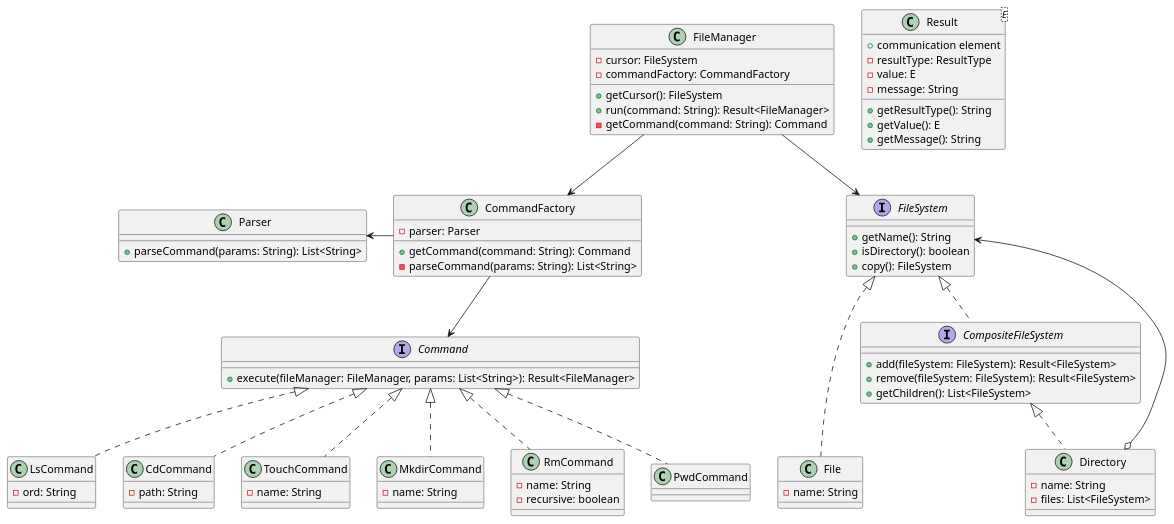
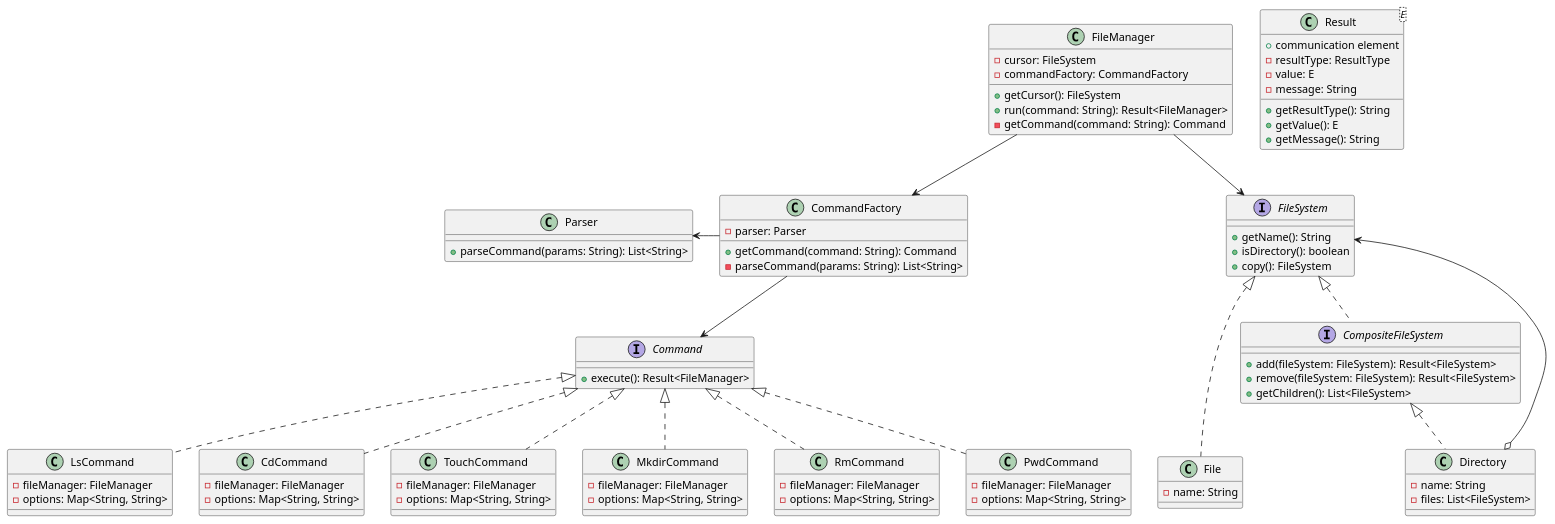
One commit to austral-ingsis-classroom/clifford-NachoCor2007 changed the diagram in diagramas/cliffordV1.puml. Above: the diagram before and after it, drawn with PlantUML.

Commit message:
Updated class diagram.

```diff
--- a/diagramas/cliffordV1.puml
+++ b/diagramas/cliffordV1.puml
@@ -1,101 +1,108 @@
 @startuml
 
 class FileManager {
   - cursor: FileSystem
   - commandFactory: CommandFactory
   + getCursor(): FileSystem
   + run(command: String): Result<FileManager>
   - getCommand(command: String): Command
 }
 
 interface FileSystem {
   + getName(): String
   + isDirectory(): boolean
   + copy(): FileSystem
 }
 
 FileManager --> FileSystem
 
 class File {
   - name: String
 }
 
 FileSystem <|... File
 
 interface CompositeFileSystem {
   + add(fileSystem: FileSystem): Result<FileSystem>
   + remove(fileSystem: FileSystem): Result<FileSystem>
   + getChildren(): List<FileSystem>
 }
 
 FileSystem <|.. CompositeFileSystem
 
 class Directory {
   - name: String
   - files: List<FileSystem>
 }
 
 CompositeFileSystem <|.. Directory
 FileSystem <--o Directory
 
 class CommandFactory {
   - parser: Parser
   + getCommand(command: String): Command
   - parseCommand(params: String): List<String>
 }
 
 FileManager --> CommandFactory
 
 class Parser {
   + parseCommand(params: String): List<String>
 }
 
 Parser <- CommandFactory
 
 interface Command {
-  + execute(fileManager: FileManager, params: List<String>): Result<FileManager>
+  + execute(): Result<FileManager>
 }
 
 CommandFactory --> Command
 
 class LsCommand {
-  - ord: String
+  - fileManager: FileManager
+  - options: Map<String, String>
 }
 
 class CdCommand {
-  - path: String
+  - fileManager: FileManager
+  - options: Map<String, String>
 }
 
 class TouchCommand {
-  - name: String
+  - fileManager: FileManager
+  - options: Map<String, String>
 }
 
 class MkdirCommand {
-  - name: String
+  - fileManager: FileManager
+  - options: Map<String, String>
 }
 
 class RmCommand {
-  - name: String
-  - recursive: boolean
+  - fileManager: FileManager
+  - options: Map<String, String>
 }
 
-class PwdCommand {}
+class PwdCommand {
+  - fileManager: FileManager
+  - options: Map<String, String>
+}
 
 Command <|.. LsCommand
 Command <|.. CdCommand
 Command <|.. TouchCommand
 Command <|.. MkdirCommand
 Command <|.. RmCommand
 Command <|.. PwdCommand
 
 class Result<E> {
   + communication element
   - resultType: ResultType
   - value: E
   - message: String
   + getResultType(): String
   + getValue(): E
   + getMessage(): String
 }
 
 @enduml
```
